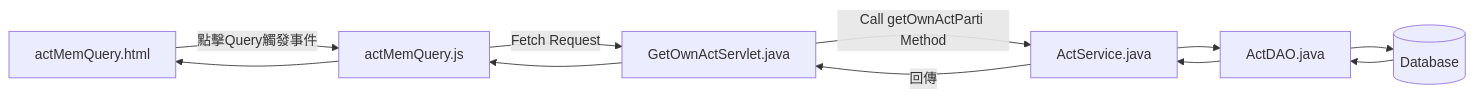
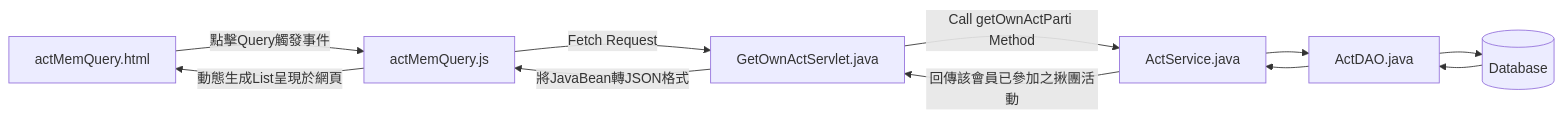
One commit to TLexYuW/CGA103G1OwnPart changed the fifth of 13 diagrams in README.md. Above: the diagram before and after it, drawn with Mermaid.

Commit message:
LexVaultBackup: 2022-09-11 23:18:53
Affected files:
README.md

````diff
--- a/README.md
+++ b/README.md
@@ -84,7 +84,7 @@
 ```mermaid
 flowchart LR
 	aMQhtml[actMemQuery.html] -->|點擊Query觸發事件| aMQjs[actMemQuery.js] -->|Fetch Request| GOAS[GetOwnActServlet.java]
 	-->|Call getOwnActParti Method| AS[ActService.java] --> AD[ActDAO.java] --> DB[(Database)]
 	
-	DB --> AD --> AS -->|回傳| GOAS --> aMQjs --> aMQhtml
+	DB --> AD --> AS -->|回傳該會員已參加之揪團活動| GOAS -->|將JavaBean轉JSON格式| aMQjs -->|動態生成List呈現於網頁| aMQhtml
 ```
````
